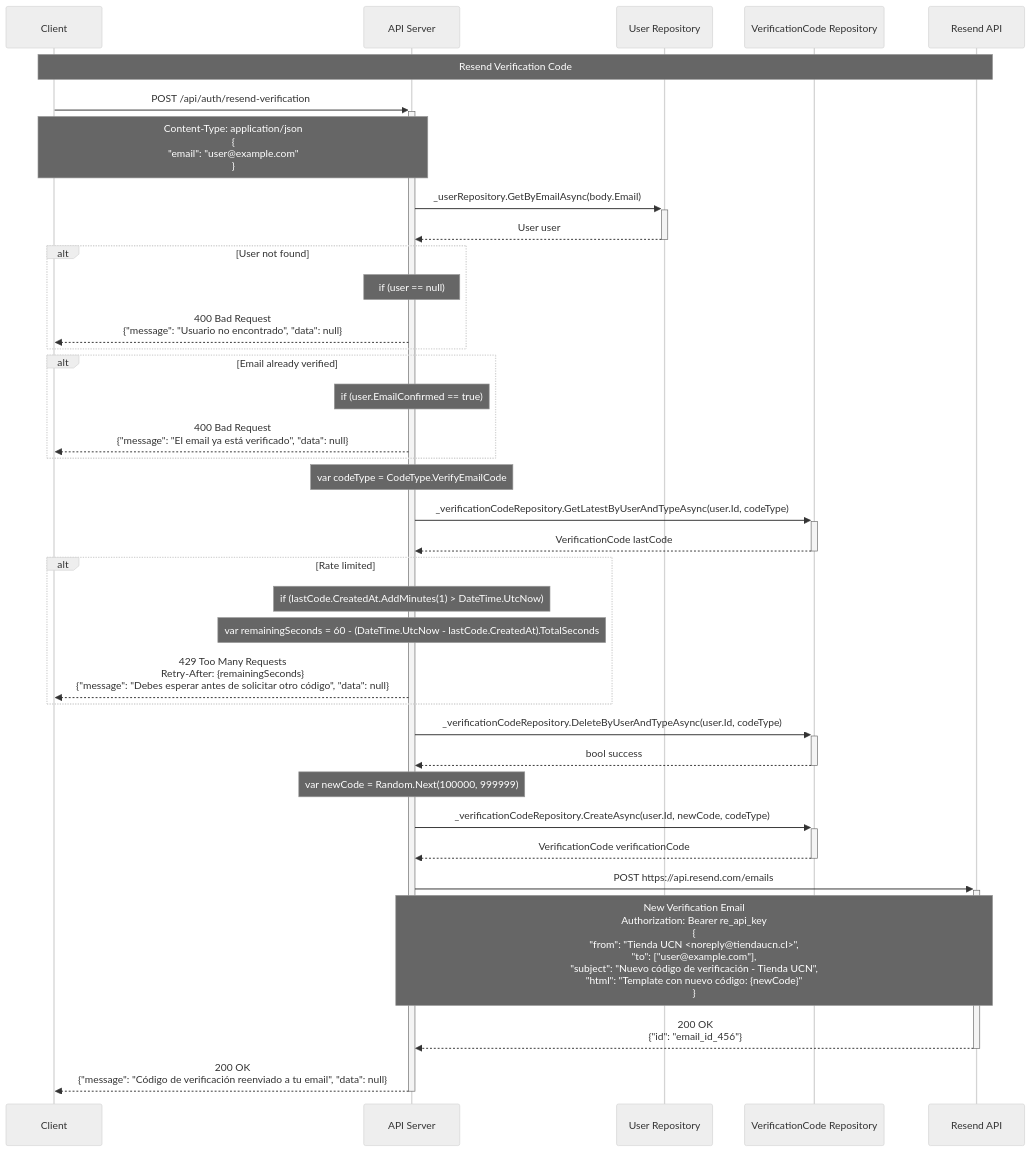
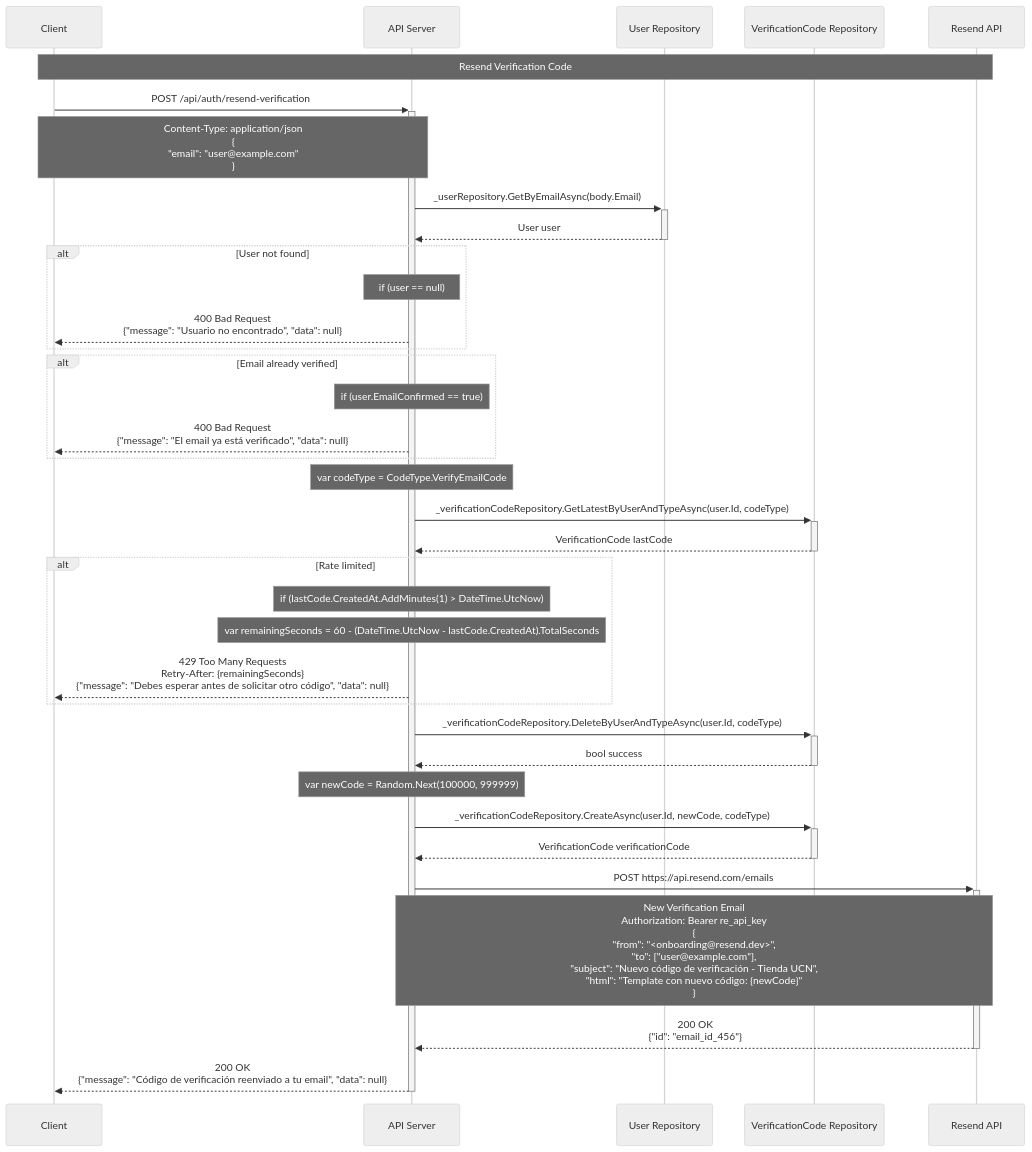
Before and after one commit to JorgeRiveraMancilla/idwm-backend: the diagram in Docs/Auth/3_ResendCode.md, drawn with Mermaid (neutral theme). The commit also changed 2 other files, not shown here.

Commit message:
docs(auth): update response codes and email sender details

````diff
--- a/Docs/Auth/3_ResendCode.md
+++ b/Docs/Auth/3_ResendCode.md
@@ -1,53 +1,53 @@
 ```mermaid
 sequenceDiagram
     participant C as Client
     participant API as API Server
     participant UR as User Repository
     participant VCR as VerificationCode Repository
     participant RS as Resend API
 
     Note over C,RS: Resend Verification Code
 
     C->>+API: POST /api/auth/resend-verification
     Note over C,API: Content-Type: application/json<br/>{<br/>"email": "user@example.com"<br/>}
 
     API->>+UR: _userRepository.GetByEmailAsync(body.Email)
     UR-->>-API: User user
 
     alt User not found
         Note over API: if (user == null)
         API-->>C: 400 Bad Request<br/>{"message": "Usuario no encontrado", "data": null}
     end
 
     alt Email already verified
         Note over API: if (user.EmailConfirmed == true)
         API-->>C: 400 Bad Request<br/>{"message": "El email ya está verificado", "data": null}
     end
 
     Note over API: var codeType = CodeType.VerifyEmailCode
 
     API->>+VCR: _verificationCodeRepository.GetLatestByUserAndTypeAsync(user.Id, codeType)
     VCR-->>-API: VerificationCode lastCode
 
     alt Rate limited
         Note over API: if (lastCode.CreatedAt.AddMinutes(1) > DateTime.UtcNow)
         Note over API: var remainingSeconds = 60 - (DateTime.UtcNow - lastCode.CreatedAt).TotalSeconds
 
         API-->>C: 429 Too Many Requests<br/>Retry-After: {remainingSeconds}<br/>{"message": "Debes esperar antes de solicitar otro código", "data": null}
     end
 
     API->>+VCR: _verificationCodeRepository.DeleteByUserAndTypeAsync(user.Id, codeType)
     VCR-->>-API: bool success
 
     Note over API: var newCode = Random.Next(100000, 999999)
 
     API->>+VCR: _verificationCodeRepository.CreateAsync(user.Id, newCode, codeType)
     VCR-->>-API: VerificationCode verificationCode
 
     API->>+RS: POST https://api.resend.com/emails
-    Note over API,RS: New Verification Email<br/>Authorization: Bearer re_api_key<br/>{<br/>"from": "Tienda UCN <noreply@tiendaucn.cl>",<br/>"to": ["user@example.com"],<br/>"subject": "Nuevo código de verificación - Tienda UCN",<br/>"html": "Template con nuevo código: {newCode}"<br/>}
+    Note over API,RS: New Verification Email<br/>Authorization: Bearer re_api_key<br/>{<br/>"from": "<onboarding@resend.dev>",<br/>"to": ["user@example.com"],<br/>"subject": "Nuevo código de verificación - Tienda UCN",<br/>"html": "Template con nuevo código: {newCode}"<br/>}
 
     RS-->>-API: 200 OK<br/>{"id": "email_id_456"}
 
     API-->>-C: 200 OK<br/>{"message": "Código de verificación reenviado a tu email", "data": null}
 ```
````
